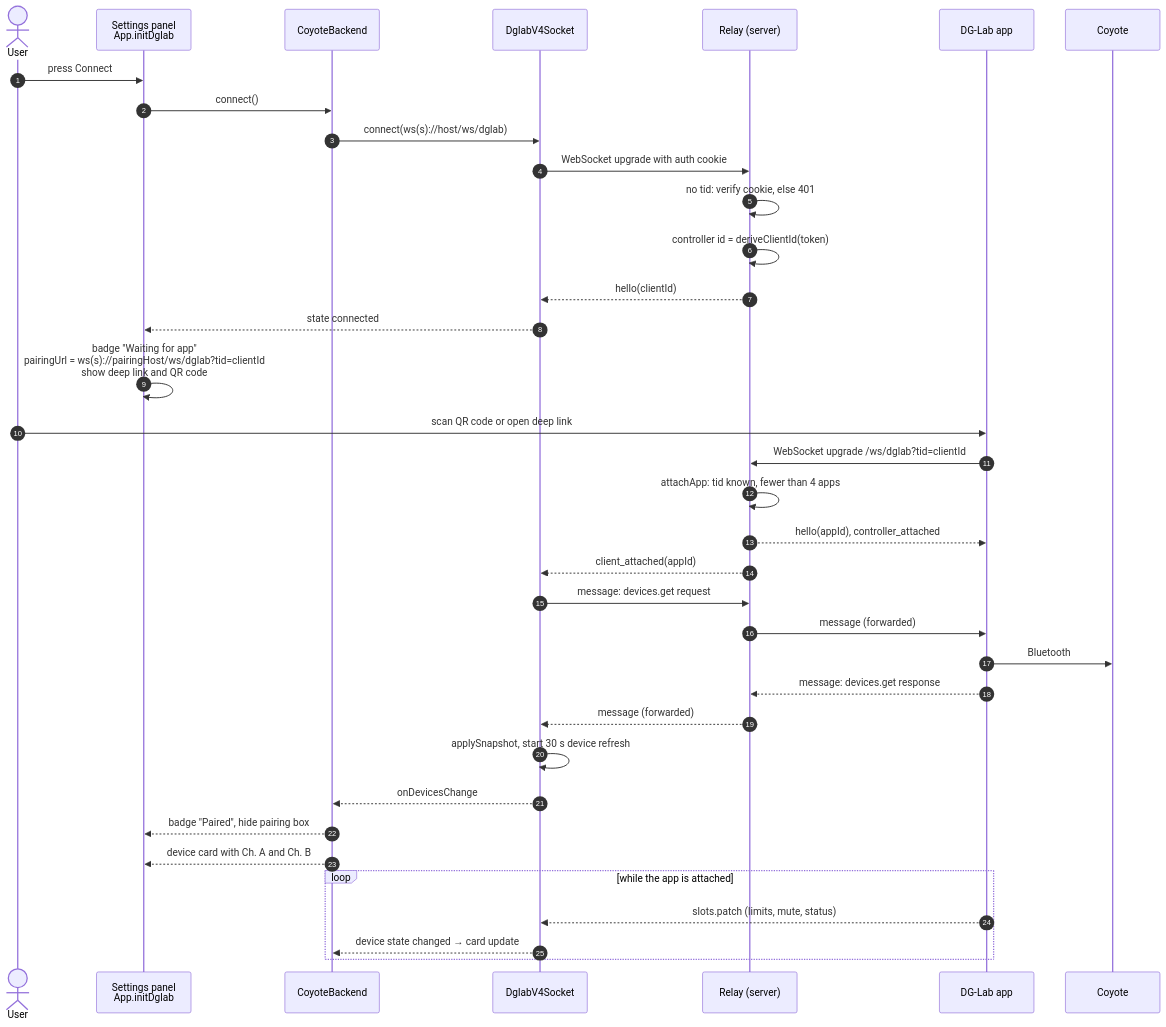
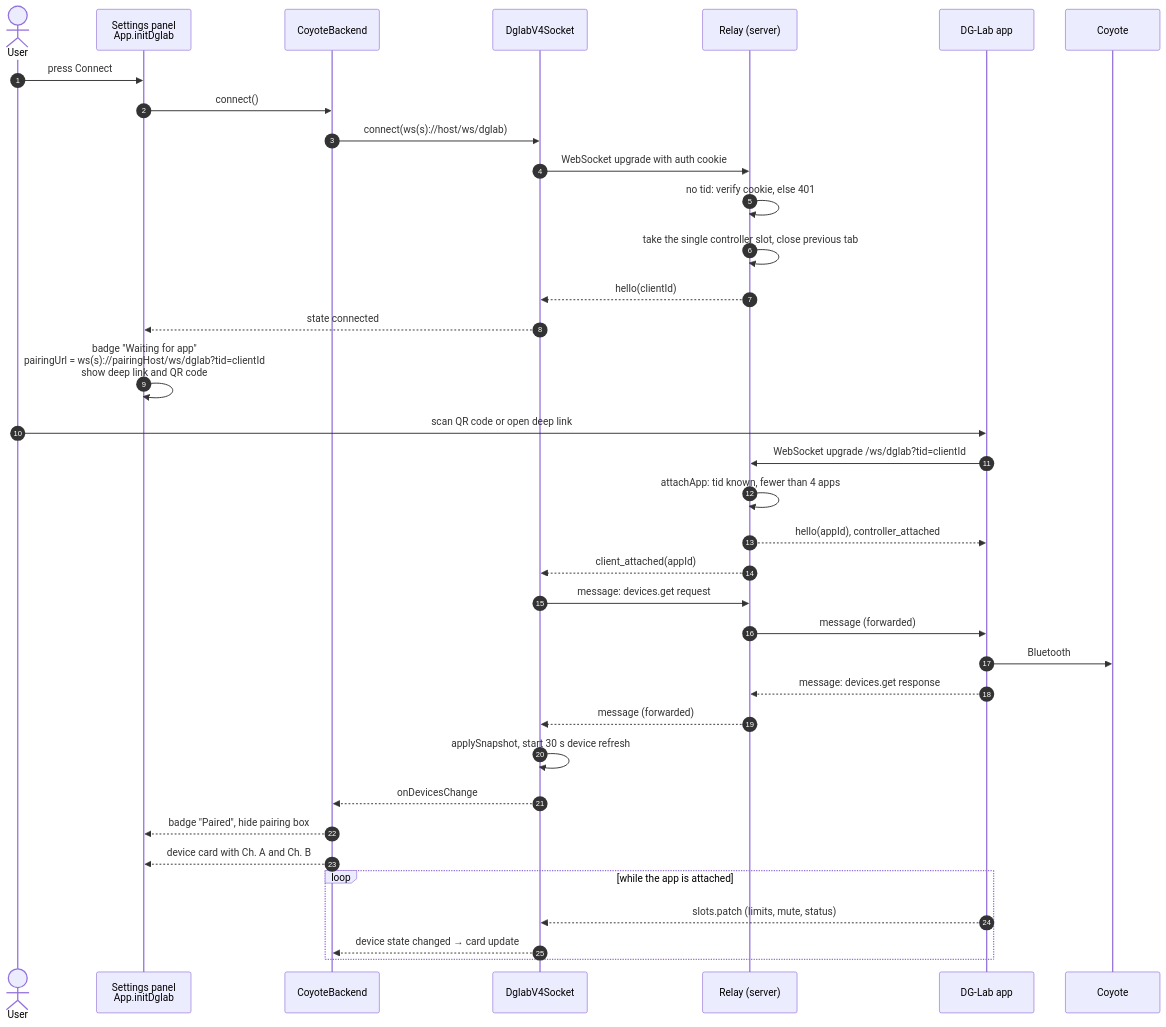
Before and after one commit to lumbar-spine-support/docker-haptic-player: the second of 3 diagrams in docs/developer/use-cases/coyote-pairing.md, drawn with Mermaid. The commit also changed other lines of this file and 6 other files, not shown here.

````diff
--- a/docs/developer/use-cases/coyote-pairing.md
+++ b/docs/developer/use-cases/coyote-pairing.md
@@ -23,39 +23,39 @@
 ```mermaid
 sequenceDiagram
   autonumber
   actor U as User
   participant UI as Settings panel<br/>App.initDglab
   participant CB as CoyoteBackend
   participant SK as DglabV4Socket
   participant R as Relay (server)
   participant P as DG-Lab app
   participant C as Coyote
 
   U->>UI: press Connect
   UI->>CB: connect()
   CB->>SK: connect(ws(s)://host/ws/dglab)
   SK->>R: WebSocket upgrade with auth cookie
   R->>R: no tid: verify cookie, else 401
-  R->>R: controller id = deriveClientId(token)
+  R->>R: take the single controller slot, close previous tab
   R-->>SK: hello(clientId)
   SK-->>UI: state connected
   UI->>UI: badge "Waiting for app"<br/>pairingUrl = ws(s)://pairingHost/ws/dglab?tid=clientId<br/>show deep link and QR code
   U->>P: scan QR code or open deep link
   P->>R: WebSocket upgrade /ws/dglab?tid=clientId
   R->>R: attachApp: tid known, fewer than 4 apps
   R-->>P: hello(appId), controller_attached
   R-->>SK: client_attached(appId)
   SK->>R: message: devices.get request
   R->>P: message (forwarded)
   P->>C: Bluetooth
   P-->>R: message: devices.get response
   R-->>SK: message (forwarded)
   SK->>SK: applySnapshot, start 30 s device refresh
   SK-->>CB: onDevicesChange
   CB-->>UI: badge "Paired", hide pairing box
   CB-->>UI: device card with Ch. A and Ch. B
   loop while the app is attached
     P-->>SK: slots.patch (limits, mute, status)
     SK-->>CB: device state changed → card update
   end
 ```
````
